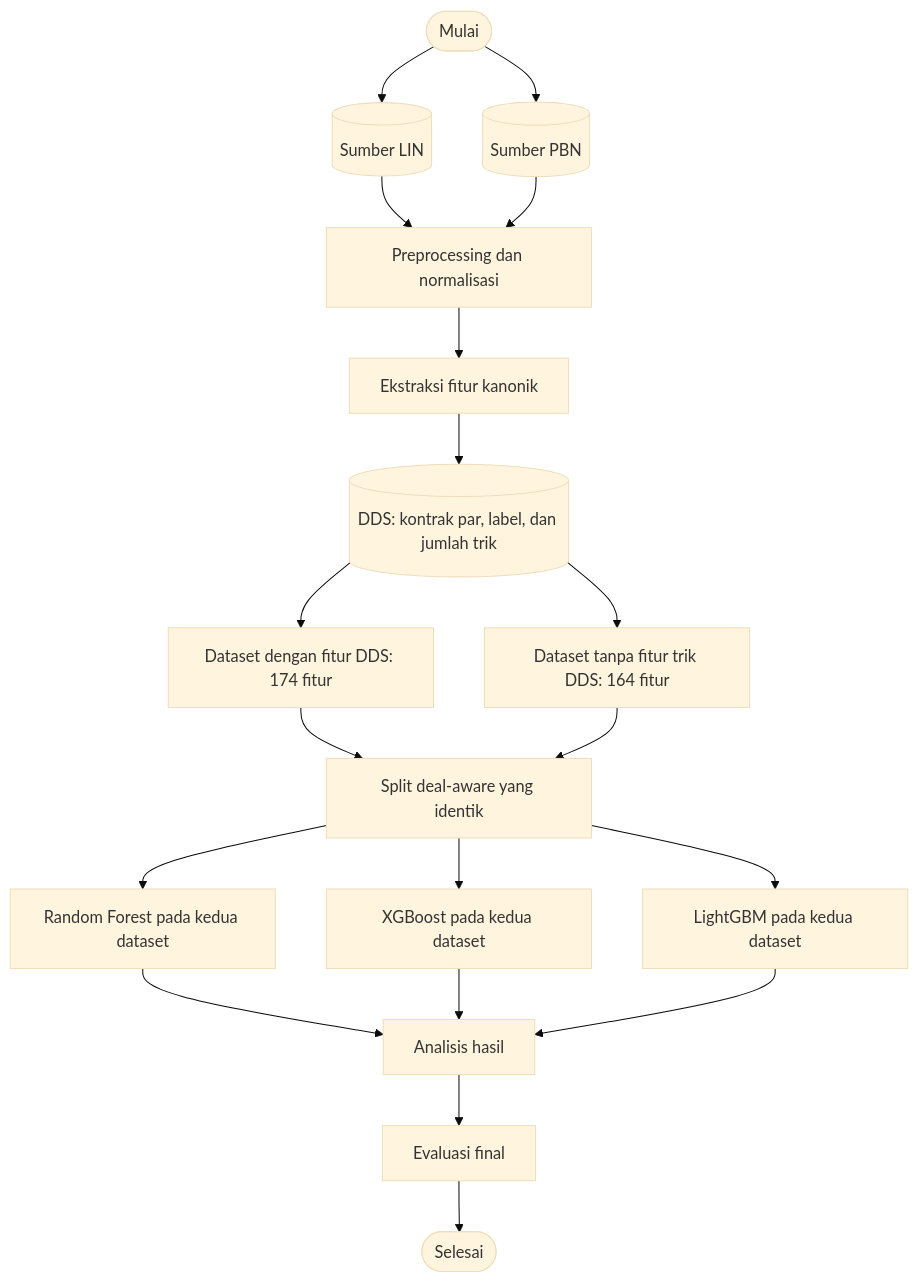
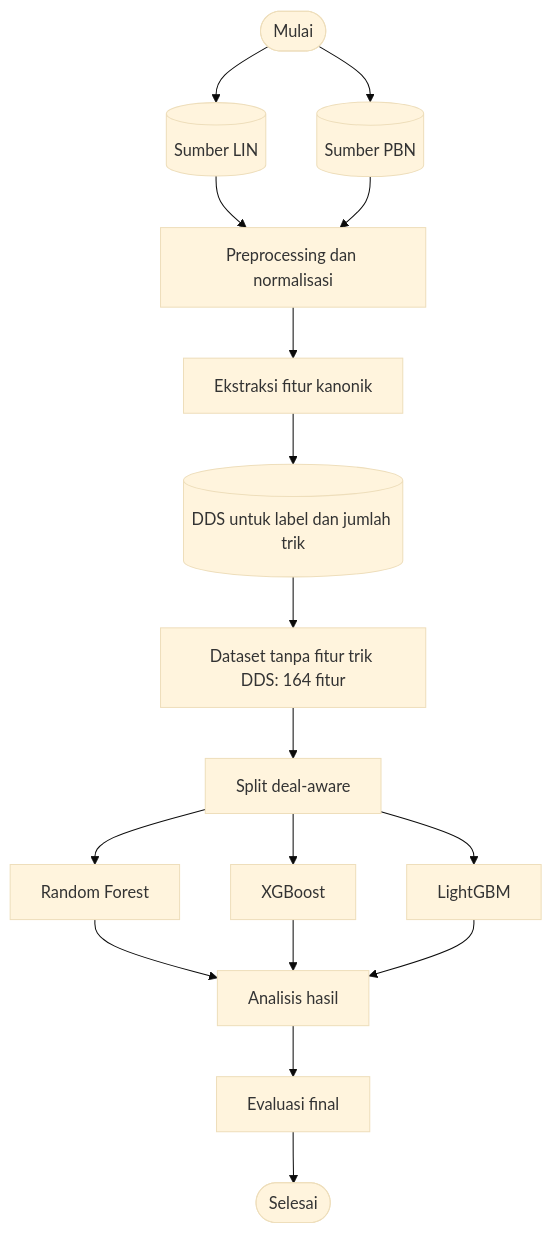
The diagram in docs/TAHAPAN_PENELITIAN.md (Cattelll/Bridge-Prediction), drawn with Mermaid (base theme) before and after one commit. The commit also changed other lines of this file and 20 other files, not shown here.

````diff
--- a/docs/TAHAPAN_PENELITIAN.md
+++ b/docs/TAHAPAN_PENELITIAN.md
@@ -7,21 +8,19 @@
 ```mermaid
 flowchart TD
     A([Mulai]) --> B1[(Sumber LIN)]
     A --> B2[(Sumber PBN)]
     B1 --> C[Preprocessing dan normalisasi]
     B2 --> C
     C --> D[Ekstraksi fitur kanonik]
-    D --> E[(DDS: kontrak par, label, dan jumlah trik)]
-    E --> F1[Dataset dengan fitur DDS: 174 fitur]
-    E --> F2[Dataset tanpa fitur trik DDS: 164 fitur]
-    F1 --> G[Split deal-aware yang identik]
-    F2 --> G
-    G --> H1[Random Forest pada kedua dataset]
-    G --> H2[XGBoost pada kedua dataset]
-    G --> H3[LightGBM pada kedua dataset]
+    D --> E[(DDS untuk label dan jumlah trik)]
+    E --> F[Dataset tanpa fitur trik DDS: 164 fitur]
+    F --> G[Split deal-aware]
+    G --> H1[Random Forest]
+    G --> H2[XGBoost]
+    G --> H3[LightGBM]
     H1 --> I[Analisis hasil]
     H2 --> I
     H3 --> I
     I --> J[Evaluasi final]
     J --> K([Selesai])
 ```
````
